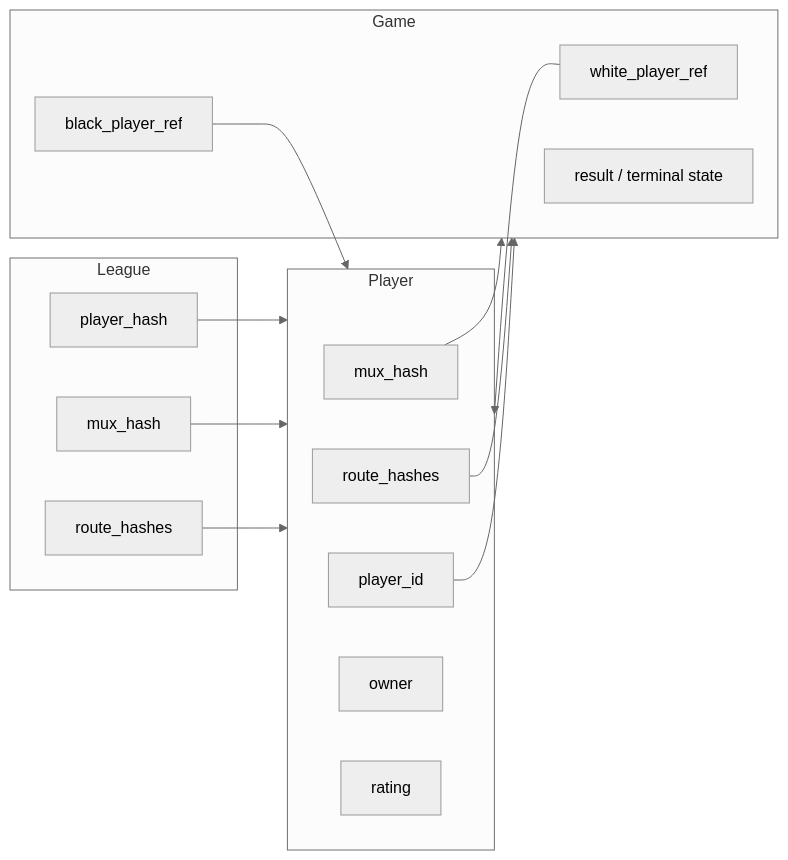
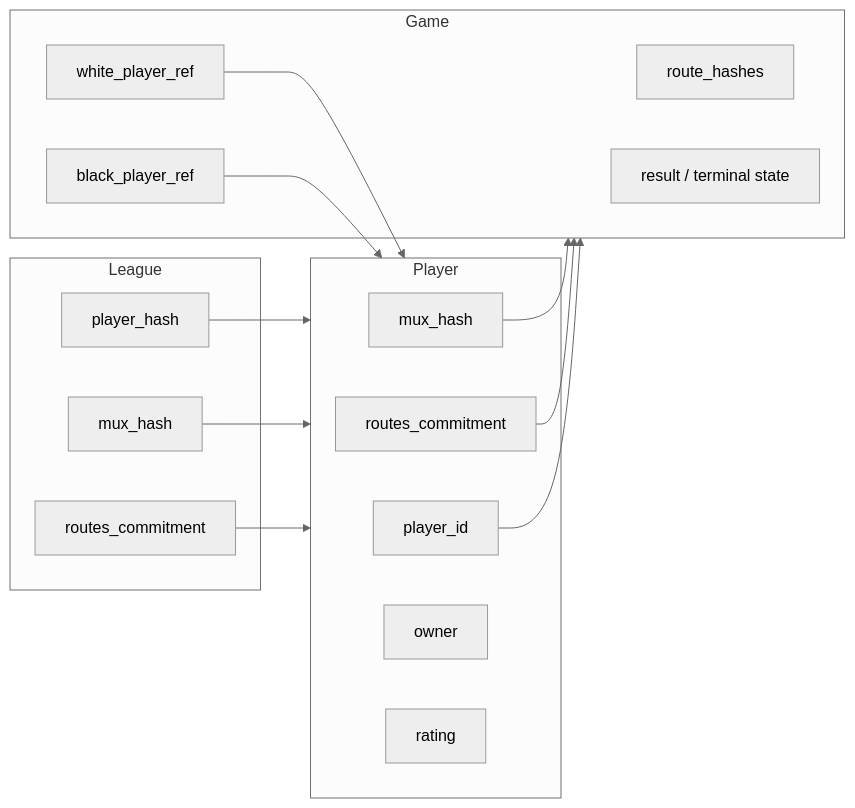
Before and after one commit to michaelsutton/silverscript: the second of 2 diagrams in examples/chess/book/src/dependencies.md, drawn with Mermaid (neutral theme). The commit also changed other lines of this file and 3 other files, not shown here.

Commit message:
compress to routes commitment and drop player noop

````diff
--- a/examples/chess/book/src/dependencies.md
+++ b/examples/chess/book/src/dependencies.md
@@ -28,33 +28,34 @@
 ```mermaid
 flowchart LR
     subgraph League
         LH[player_hash]
         LM[mux_hash]
-        LR[route_hashes]
+        LR[routes_commitment]
     end
 
     subgraph Player
         PM[mux_hash]
-        PX[route_hashes]
+        PX[routes_commitment]
         PP[player_id]
         PO[owner]
         PR[rating]
     end
 
     subgraph Game
+        GH[route_hashes]
         GW[white_player_ref]
         GB[black_player_ref]
         GR[result / terminal state]
     end
 
     LH --> Player
     LM --> Player
     LR --> Player
 
     PM --> Game
     PX --> Game
     PP --> Game
 
     GW --> Player
     GB --> Player
 ```
````
